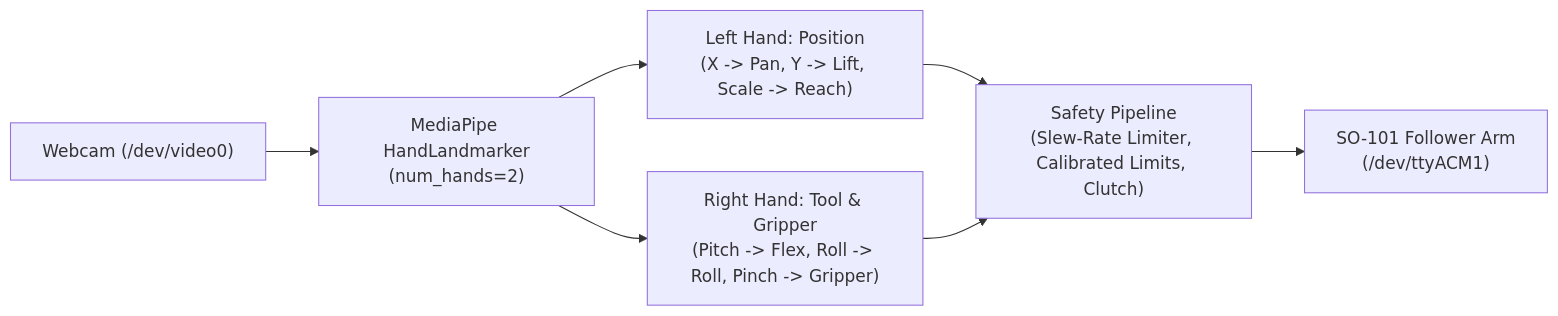
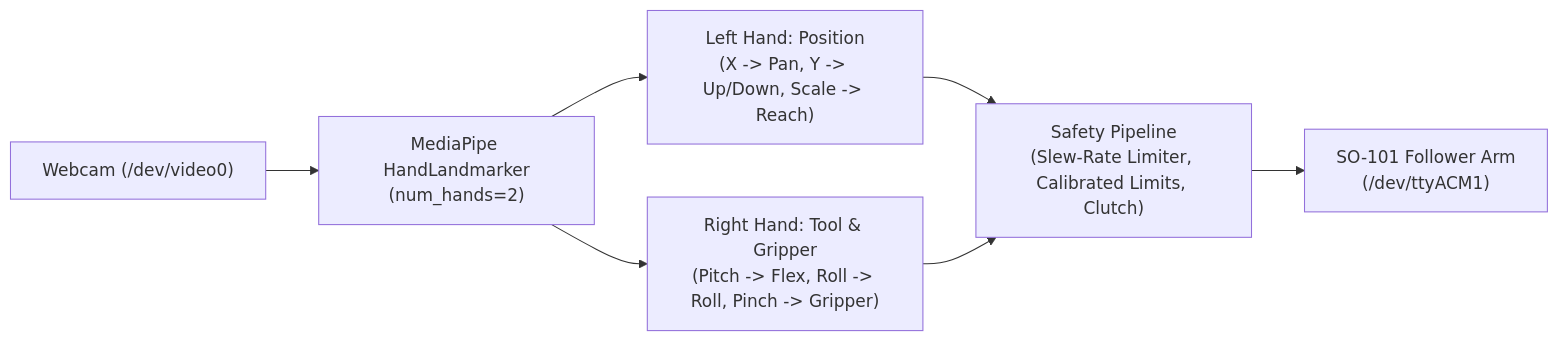
One commit to MattiArlo/so101-hand-teleop changed the diagram in README.md. Above: the diagram before and after it, drawn with Mermaid. The commit also changed other lines of this file and 1 other file, not shown here.

First line of the commit message:
fix(controls): align vertical hand movement with arm elevation and fit full range on screen

````diff
--- a/README.md
+++ b/README.md
@@ -41,9 +48,9 @@
 ```mermaid
 flowchart LR
     A["Webcam (/dev/video0)"] --> B["MediaPipe HandLandmarker\n(num_hands=2)"]
-    B --> C["Left Hand: Position\n(X -> Pan, Y -> Lift, Scale -> Reach)"]
+    B --> C["Left Hand: Position\n(X -> Pan, Y -> Up/Down, Scale -> Reach)"]
     B --> D["Right Hand: Tool & Gripper\n(Pitch -> Flex, Roll -> Roll, Pinch -> Gripper)"]
     C --> E["Safety Pipeline\n(Slew-Rate Limiter, Calibrated Limits, Clutch)"]
     D --> E
     E --> F["SO-101 Follower Arm\n(/dev/ttyACM1)"]
 ```
````
